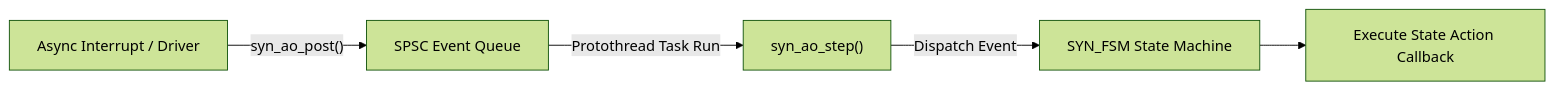
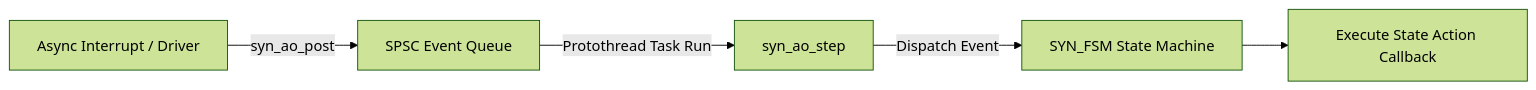
One commit to chenyurong22/SyntropicOS changed the diagram in docs/modules/integration.md. Above: the diagram before and after it, drawn with Mermaid (forest theme). The commit also changed 8 other files, not shown here.

First line of the commit message:
docs(mermaid): fix unquoted parentheses and invalid syntax across all documentation diagrams

````diff
--- a/docs/modules/integration.md
+++ b/docs/modules/integration.md
@@ -64,7 +64,7 @@
 ```mermaid
 flowchart LR
-    EventProducer["Async Interrupt / Driver"] -- syn_ao_post() --> EventQueue["SPSC Event Queue"]
-    EventQueue -- Protothread Task Run --> AOTask["syn_ao_step()"]
-    AOTask -- Dispatch Event --> FSM["SYN_FSM State Machine"]
+    EventProducer["Async Interrupt / Driver"] -->|syn_ao_post| EventQueue["SPSC Event Queue"]
+    EventQueue -->|Protothread Task Run| AOTask["syn_ao_step"]
+    AOTask -->|Dispatch Event| FSM["SYN_FSM State Machine"]
     FSM --> StateAction["Execute State Action Callback"]
 ```
````
